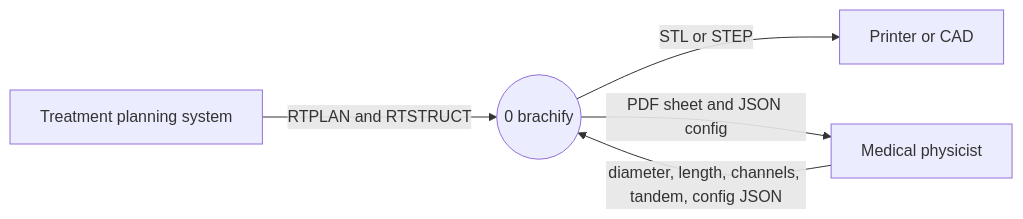
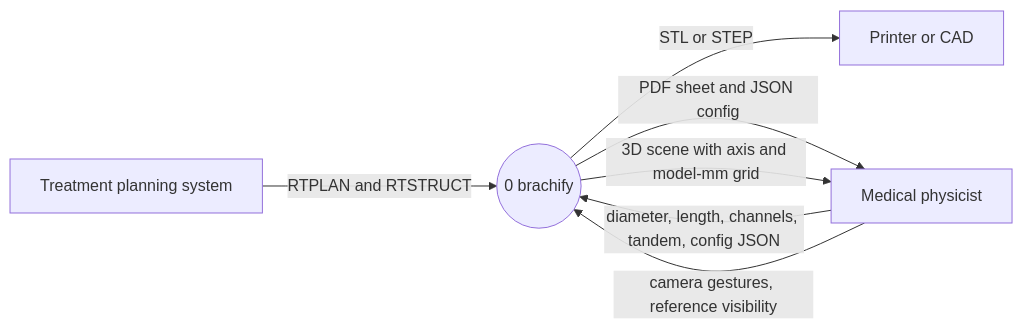
Before and after one commit to COSC-499-W2026/capstone-project-team-10: the diagram in docs/architecture/diagrams/existing-framework/dfd-0.mmd, drawn with Mermaid. The commit also changed 14 other files, not shown here.

```diff
--- a/docs/architecture/diagrams/existing-framework/dfd-0.mmd
+++ b/docs/architecture/diagrams/existing-framework/dfd-0.mmd
@@ -1,12 +1,15 @@
 %% title: DFD level 0
 %% alt: DFD level 0, brachify as one process
 flowchart LR
   tps["Treatment planning system"]
   physicist["Medical physicist"]
   printer["Printer or CAD"]
   brachify(("0 brachify"))
 
   tps -->|"RTPLAN and RTSTRUCT"| brachify
   physicist -->|"diameter, length, channels, tandem, config JSON"| brachify
   brachify -->|"STL or STEP"| printer
   brachify -->|"PDF sheet and JSON config"| physicist
+
+  physicist -->|"camera gestures, reference visibility"| brachify
+  brachify -->|"3D scene with axis and model-mm grid"| physicist
```
